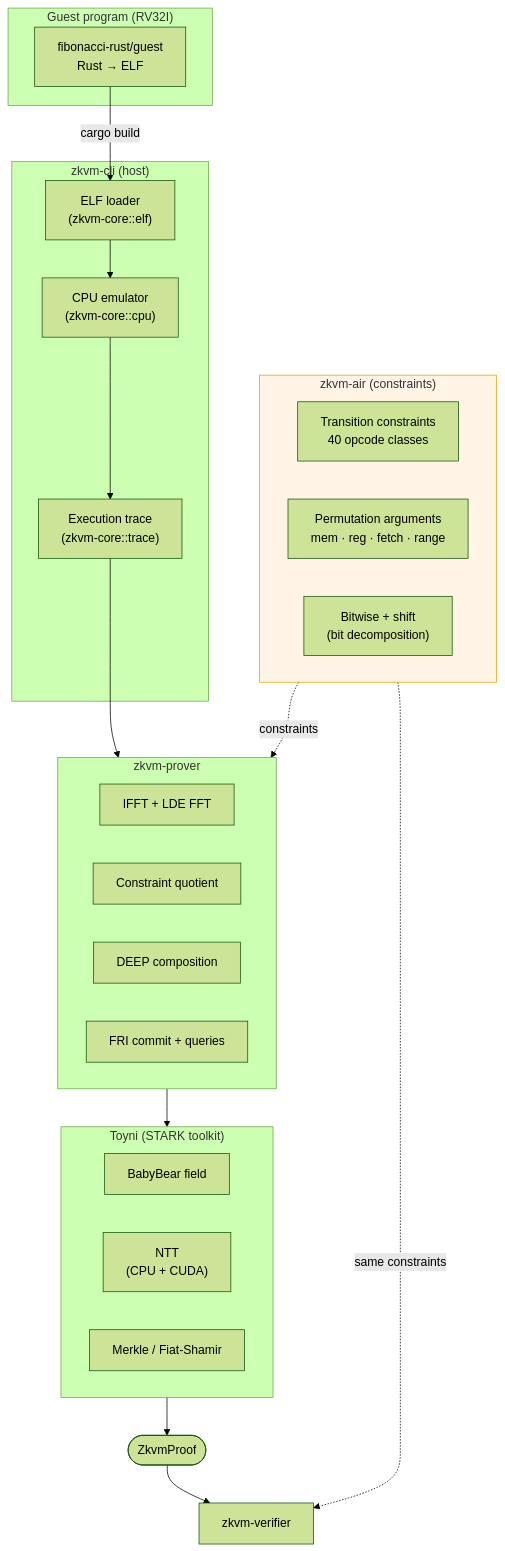
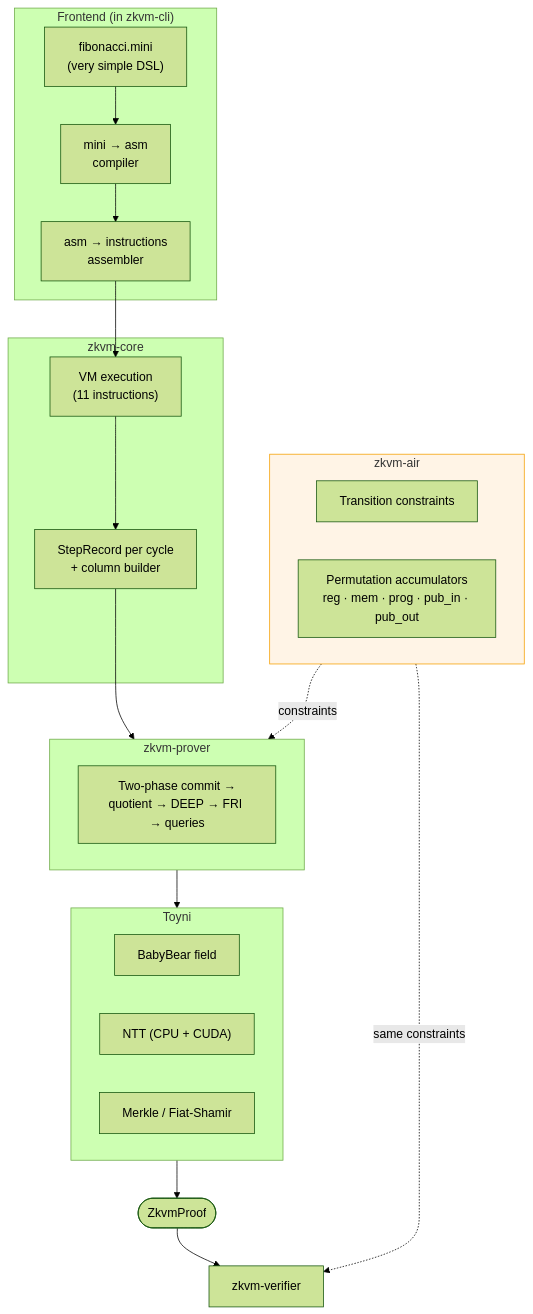
The diagram in README.md (jonas089/toyni-zkvm), drawn with Mermaid (forest theme) before and after one commit. The commit also changed other lines of this file and 35 other files, not shown here.

````diff
--- a/README.md
+++ b/README.md
@@ -31,46 +58,44 @@
 ```mermaid
 graph TD
-    subgraph Guest["Guest program (RV32I)"]
-        G[fibonacci-rust/guest<br/>Rust → ELF]
+    subgraph Frontend["Frontend (in zkvm-cli)"]
+        MINI["fibonacci.mini<br/>(very simple DSL)"]
+        ASM["mini → asm<br/>compiler"]
+        ASMP["asm → instructions<br/>assembler"]
     end
 
-    subgraph Host["zkvm-cli (host)"]
-        ELF["ELF loader<br/>(zkvm-core::elf)"]
-        CPU["CPU emulator<br/>(zkvm-core::cpu)"]
-        TRACE["Execution trace<br/>(zkvm-core::trace)"]
+    subgraph Core["zkvm-core"]
+        EXEC["VM execution<br/>(11 instructions)"]
+        TRACE["StepRecord per cycle<br/>+ column builder"]
     end
 
-    subgraph AIR["zkvm-air (constraints)"]
-        TRANS["Transition constraints<br/>40 opcode classes"]
-        PERM["Permutation arguments<br/>mem · reg · fetch · range"]
-        BIT["Bitwise + shift<br/>(bit decomposition)"]
+    subgraph AIR["zkvm-air"]
+        TRANS["Transition constraints"]
+        PERM["Permutation accumulators<br/>reg · mem · prog · pub_in · pub_out"]
     end
 
     subgraph Prover["zkvm-prover"]
-        FFT["IFFT + LDE FFT"]
-        QUOT["Constraint quotient"]
-        DEEP["DEEP composition"]
-        FRI["FRI commit + queries"]
+        PIPE["Two-phase commit →<br/>quotient → DEEP → FRI → queries"]
     end
 
-    subgraph Backend["Toyni (STARK toolkit)"]
+    subgraph Backend["Toyni"]
         BB["BabyBear field"]
-        NTT["NTT<br/>(CPU + CUDA)"]
+        NTT["NTT (CPU + CUDA)"]
         MT["Merkle / Fiat-Shamir"]
     end
 
     Verifier["zkvm-verifier"]
 
-    G -->|cargo build| ELF
-    ELF --> CPU
-    CPU --> TRACE
+    MINI --> ASM
+    ASM --> ASMP
+    ASMP --> EXEC
+    EXEC --> TRACE
     TRACE --> Prover
     AIR -.constraints.-> Prover
     Prover --> Backend
     Backend --> Proof([ZkvmProof])
     Proof --> Verifier
     AIR -.same constraints.-> Verifier
 
     classDef warn fill:#fff4e6,stroke:#f59f00
     class AIR warn
 ```
````
